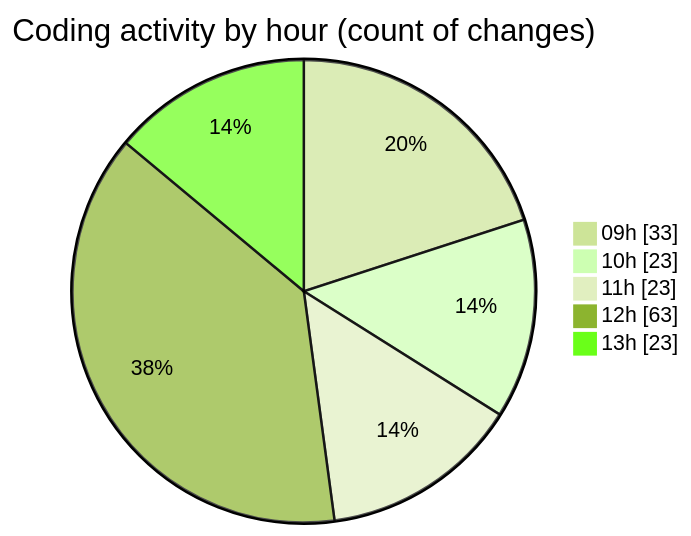
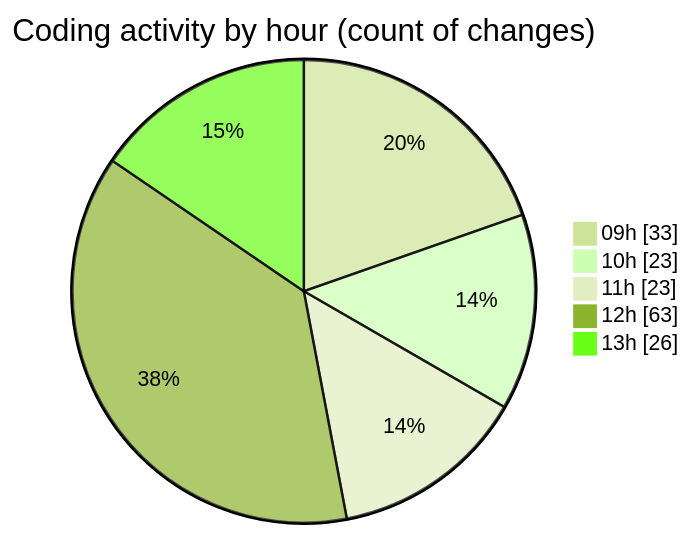
One commit to CELIANVF/code-tracking changed the second of 2 diagrams in 2025-05-20/ecodeli-1/README.md. Above: the diagram before and after it, drawn with Mermaid (forest theme). The commit also changed other lines of this file and 1 other file, not shown here.

````diff
--- a/2025-05-20/ecodeli-1/README.md
+++ b/2025-05-20/ecodeli-1/README.md
@@ -93,9 +93,9 @@
 ```mermaid
 pie showData
 title Coding activity by hour (count of changes)
 "09h" : 33
 "10h" : 23
 "11h" : 23
 "12h" : 63
-"13h" : 23
+"13h" : 26
 ```
````
